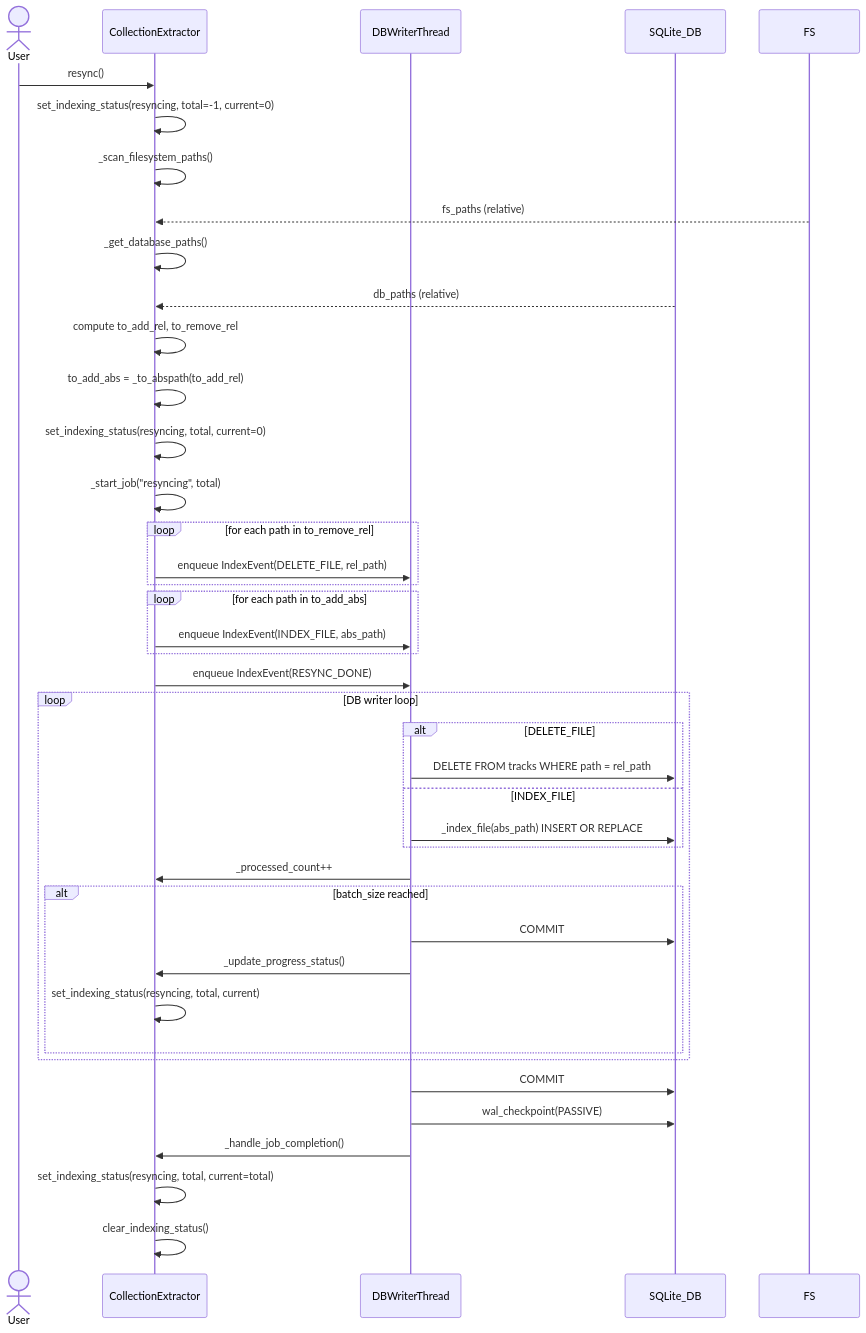
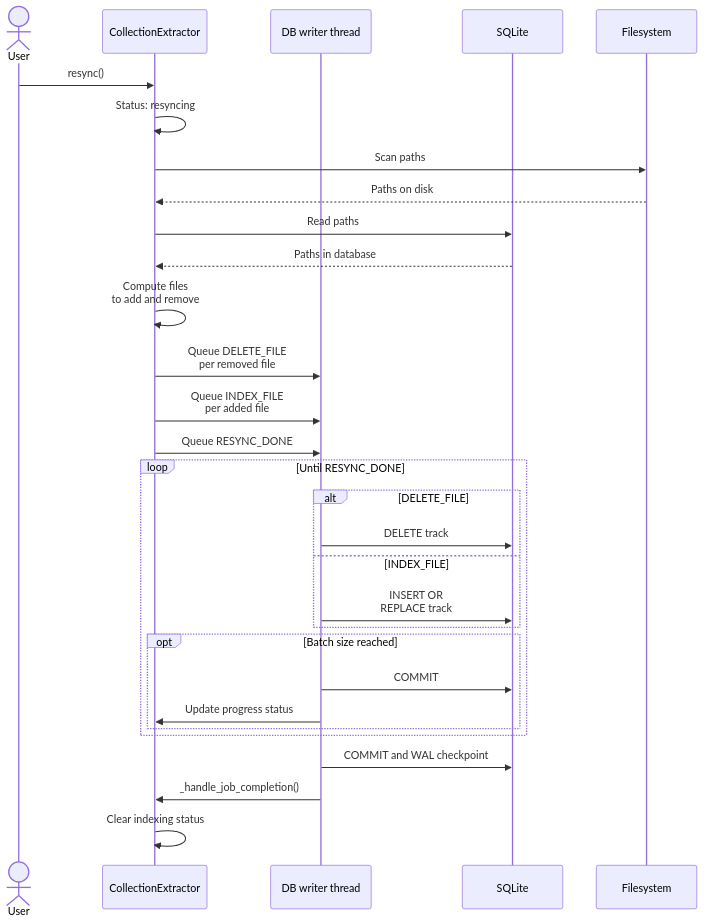
One commit to mark-me/mixtape-society changed the third of 3 diagrams in docs/development/music-collection/loading.md. Above: the diagram before and after it, drawn with Mermaid. The commit also changed other lines of this file and 19 other files, not shown here.

First line of the commit message:
Simplify unreadable diagrams and correct small errors in the docs

````diff
--- a/docs/development/music-collection/loading.md
+++ b/docs/development/music-collection/loading.md
@@ -233,49 +225,35 @@
 ```mermaid
 sequenceDiagram
     actor User
-    participant CollectionExtractor
-    participant DBWriterThread
-    participant SQLite as SQLite_DB
-    participant FS
+    participant Ex as CollectionExtractor
+    participant Writer as DB writer thread
+    participant DB as SQLite
+    participant FS as Filesystem
 
-    User->>CollectionExtractor: resync()
-    CollectionExtractor->>CollectionExtractor: set_indexing_status(resyncing, total=-1, current=0)
+    User->>Ex: resync()
+    Ex->>Ex: Status: resyncing
+    Ex->>FS: Scan paths
+    FS-->>Ex: Paths on disk
+    Ex->>DB: Read paths
+    DB-->>Ex: Paths in database
+    Ex->>Ex: Compute files<br/>to add and remove
+    Ex->>Writer: Queue DELETE_FILE<br/>per removed file
+    Ex->>Writer: Queue INDEX_FILE<br/>per added file
+    Ex->>Writer: Queue RESYNC_DONE
 
-    CollectionExtractor->>CollectionExtractor: _scan_filesystem_paths()
-    FS-->>CollectionExtractor: fs_paths (relative)
-    CollectionExtractor->>CollectionExtractor: _get_database_paths()
-    SQLite-->>CollectionExtractor: db_paths (relative)
-
-    CollectionExtractor->>CollectionExtractor: compute to_add_rel, to_remove_rel
-    CollectionExtractor->>CollectionExtractor: to_add_abs = _to_abspath(to_add_rel)
-    CollectionExtractor->>CollectionExtractor: set_indexing_status(resyncing, total, current=0)
-
-    CollectionExtractor->>CollectionExtractor: _start_job("resyncing", total)
-    loop for each path in to_remove_rel
-        CollectionExtractor->>DBWriterThread: enqueue IndexEvent(DELETE_FILE, rel_path)
-    end
-    loop for each path in to_add_abs
-        CollectionExtractor->>DBWriterThread: enqueue IndexEvent(INDEX_FILE, abs_path)
-    end
-    CollectionExtractor->>DBWriterThread: enqueue IndexEvent(RESYNC_DONE)
-
-    loop DB writer loop
+    loop Until RESYNC_DONE
         alt DELETE_FILE
-            DBWriterThread->>SQLite: DELETE FROM tracks WHERE path = rel_path
+            Writer->>DB: DELETE track
         else INDEX_FILE
-            DBWriterThread->>SQLite: _index_file(abs_path) INSERT OR REPLACE
+            Writer->>DB: INSERT OR<br/>REPLACE track
         end
-        DBWriterThread->>CollectionExtractor: _processed_count++
-        alt batch_size reached
-            DBWriterThread->>SQLite: COMMIT
-            DBWriterThread->>CollectionExtractor: _update_progress_status()
-            CollectionExtractor->>CollectionExtractor: set_indexing_status(resyncing, total, current)
+        opt Batch size reached
+            Writer->>DB: COMMIT
+            Writer->>Ex: Update progress status
         end
     end
 
-    DBWriterThread->>SQLite: COMMIT
-    DBWriterThread->>SQLite: wal_checkpoint(PASSIVE)
-    DBWriterThread->>CollectionExtractor: _handle_job_completion()
-    CollectionExtractor->>CollectionExtractor: set_indexing_status(resyncing, total, current=total)
-    CollectionExtractor->>CollectionExtractor: clear_indexing_status()
+    Writer->>DB: COMMIT and WAL checkpoint
+    Writer->>Ex: _handle_job_completion()
+    Ex->>Ex: Clear indexing status
 ```
````
